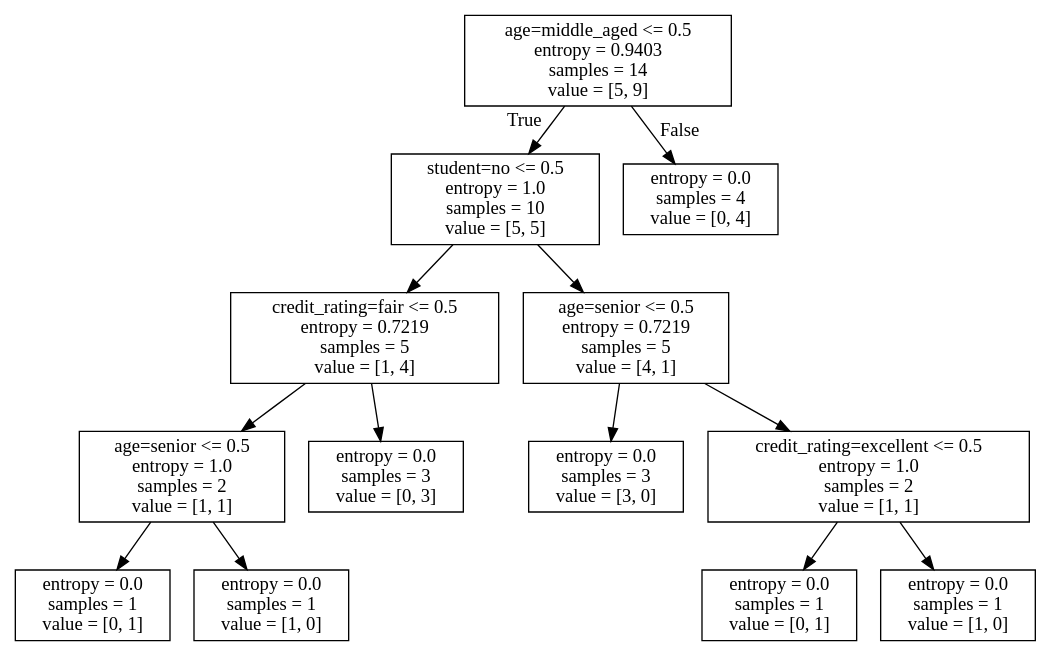
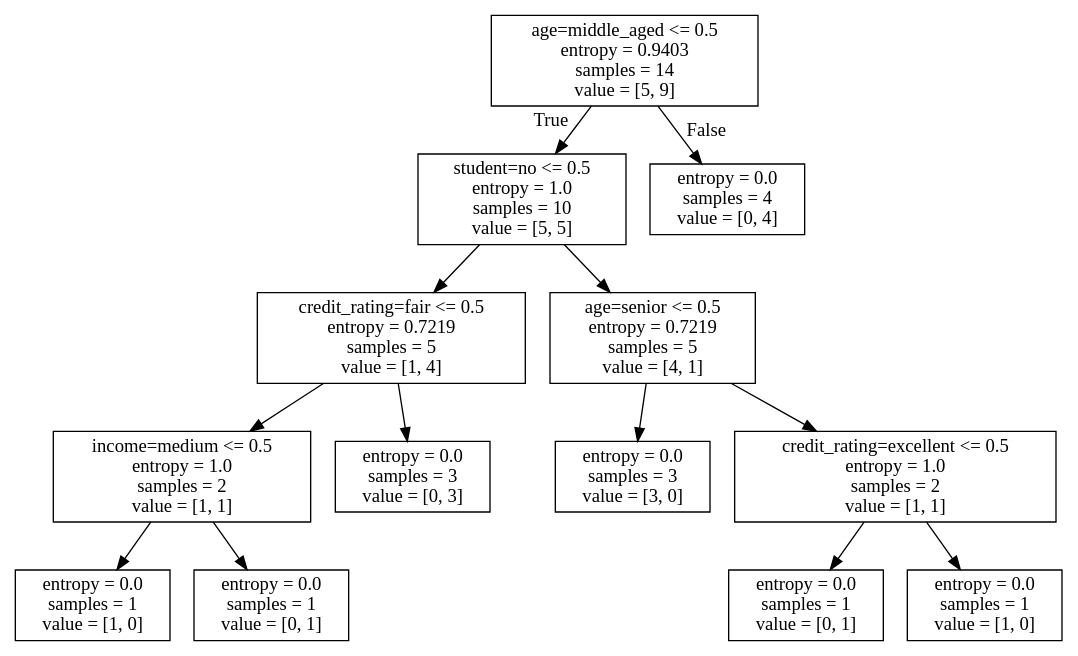
The diagram in python/DeepLearningBasics/DecisionTree/allElectronicInformationGainOri.dot (dreamsxin/example), drawn with Graphviz before and after one commit. The commit also changed 3 other files, not shown here.

```diff
--- a/python/DeepLearningBasics/DecisionTree/allElectronicInformationGainOri.dot
+++ b/python/DeepLearningBasics/DecisionTree/allElectronicInformationGainOri.dot
@@ -1,28 +1,28 @@
 digraph Tree {
 node [shape=box] ;
 0 [label="age=middle_aged <= 0.5\nentropy = 0.9403\nsamples = 14\nvalue = [5, 9]"] ;
 1 [label="student=no <= 0.5\nentropy = 1.0\nsamples = 10\nvalue = [5, 5]"] ;
 0 -> 1 [labeldistance=2.5, labelangle=45, headlabel="True"] ;
 2 [label="credit_rating=fair <= 0.5\nentropy = 0.7219\nsamples = 5\nvalue = [1, 4]"] ;
 1 -> 2 ;
-3 [label="age=senior <= 0.5\nentropy = 1.0\nsamples = 2\nvalue = [1, 1]"] ;
+3 [label="income=medium <= 0.5\nentropy = 1.0\nsamples = 2\nvalue = [1, 1]"] ;
 2 -> 3 ;
-4 [label="entropy = 0.0\nsamples = 1\nvalue = [0, 1]"] ;
+4 [label="entropy = 0.0\nsamples = 1\nvalue = [1, 0]"] ;
 3 -> 4 ;
-5 [label="entropy = 0.0\nsamples = 1\nvalue = [1, 0]"] ;
+5 [label="entropy = 0.0\nsamples = 1\nvalue = [0, 1]"] ;
 3 -> 5 ;
 6 [label="entropy = 0.0\nsamples = 3\nvalue = [0, 3]"] ;
 2 -> 6 ;
 7 [label="age=senior <= 0.5\nentropy = 0.7219\nsamples = 5\nvalue = [4, 1]"] ;
 1 -> 7 ;
 8 [label="entropy = 0.0\nsamples = 3\nvalue = [3, 0]"] ;
 7 -> 8 ;
 9 [label="credit_rating=excellent <= 0.5\nentropy = 1.0\nsamples = 2\nvalue = [1, 1]"] ;
 7 -> 9 ;
 10 [label="entropy = 0.0\nsamples = 1\nvalue = [0, 1]"] ;
 9 -> 10 ;
 11 [label="entropy = 0.0\nsamples = 1\nvalue = [1, 0]"] ;
 9 -> 11 ;
 12 [label="entropy = 0.0\nsamples = 4\nvalue = [0, 4]"] ;
 0 -> 12 [labeldistance=2.5, labelangle=-45, headlabel="False"] ;
 }
```
